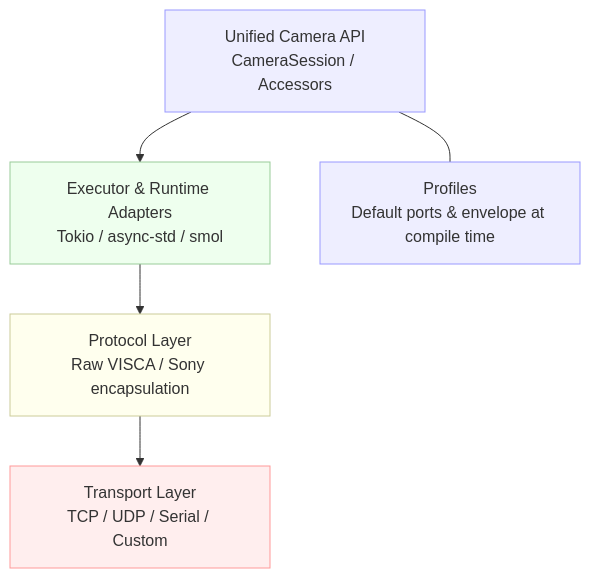
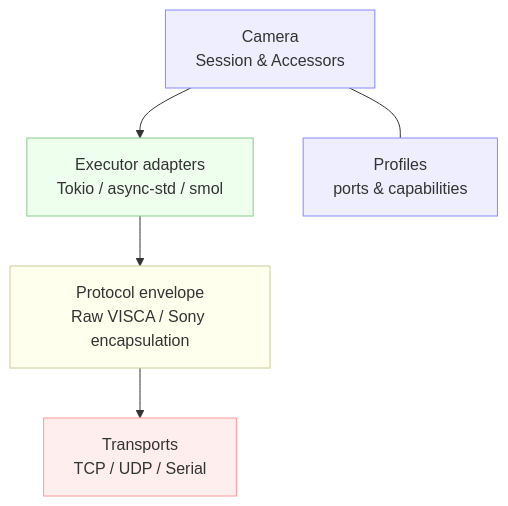
The diagram in README.md (GrantSparks/grafton-visca), drawn with Mermaid before and after one commit. The commit also changed other lines of this file and 2 other files, not shown here.

````diff
--- a/README.md
+++ b/README.md
@@ -309,13 +319,13 @@
 ```mermaid
 flowchart TB
-    A[Unified Camera API<br/>CameraSession / Accessors] --> B[Executor & Runtime Adapters<br/>Tokio / async-std / smol]
-    B --> C[Protocol Layer<br/>Raw VISCA / Sony encapsulation]
-    C --> D[Transport Layer<br/>TCP / UDP / Serial / Custom]
-    A --- E[Profiles<br/>Default ports & envelope at compile time]
+  A[Camera<M,P,Tr,Exec><br/>Session & Accessors] --> B[Executor adapters<br/>Tokio / async-std / smol]
+  B --> C[Protocol envelope<br/>Raw VISCA / Sony encapsulation]
+  C --> D[Transports<br/>TCP / UDP / Serial]
+  A --- E[Profiles<br/>ports & capabilities]
 
-    style A fill:#eef,stroke:#99f
-    style B fill:#efe,stroke:#9c9
-    style C fill:#ffe,stroke:#cc9
-    style D fill:#fee,stroke:#f99
-    style E fill:#eef,stroke:#99f
+  style A fill:#eef,stroke:#88f
+  style B fill:#efe,stroke:#8c8
+  style C fill:#ffe,stroke:#cc9
+  style D fill:#fee,stroke:#f99
+  style E fill:#eef,stroke:#88f
 ```
````
